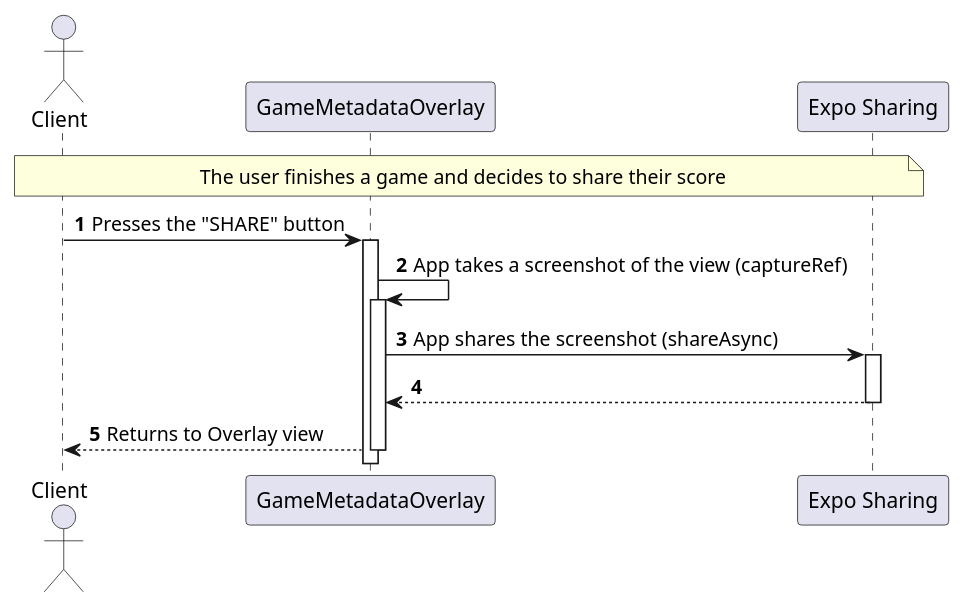
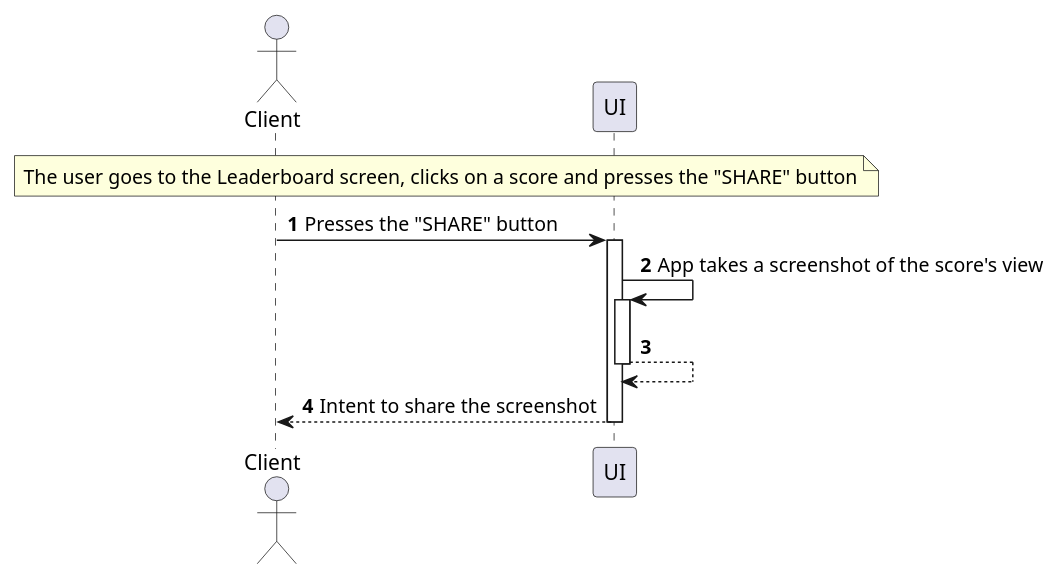
Before and after one commit to 8126Lucas/DSSMV_ProjectReact_1241131_1241008: the diagram in UMLs/puml/System Sequence Diagram/UCLS-SSD/UCLS2-SSD.puml, drawn with PlantUML. The commit also changed 6 other files, not shown here.

Commit message:
- Criação dos diagramas de sequência HPS1 e GS1 - Refatoração dos diagramas de sequência de sistema UCHPS1, UCLS1, UCLS2 e UCGS1 para maior clareza e precisão - Atualização do ficheiro de estado dos diagramas para refletir os novos diagramas e marcar outros como concluídos

```diff
--- a/UMLs/puml/System Sequence Diagram/UCLS-SSD/UCLS2-SSD.puml
+++ b/UMLs/puml/System Sequence Diagram/UCLS-SSD/UCLS2-SSD.puml
@@ -1,18 +1,16 @@
 @startuml
 'https://plantuml.com/sequence-diagram
 
 autonumber
 autoactivate on
 
 Actor "Client" as client
-participant "GameMetadataOverlay" as overlay
-participant "Expo Sharing" as expo
+participant "UI" as ui
 
-note over client, expo: The user finishes a game and decides to share their score
+note over client, ui: The user goes to the Leaderboard screen, clicks on a score and presses the "SHARE" button
 
-client -> overlay: Presses the "SHARE" button
-    overlay -> overlay: App takes a screenshot of the view (captureRef)
-    overlay -> expo: App shares the screenshot (shareAsync)
-    expo --> overlay
-overlay --> client: Returns to Overlay view
+client -> ui: Presses the "SHARE" button
+    ui -> ui: App takes a screenshot of the score's view
+    ui --> ui
+ui --> client: Intent to share the screenshot
 @enduml
```
